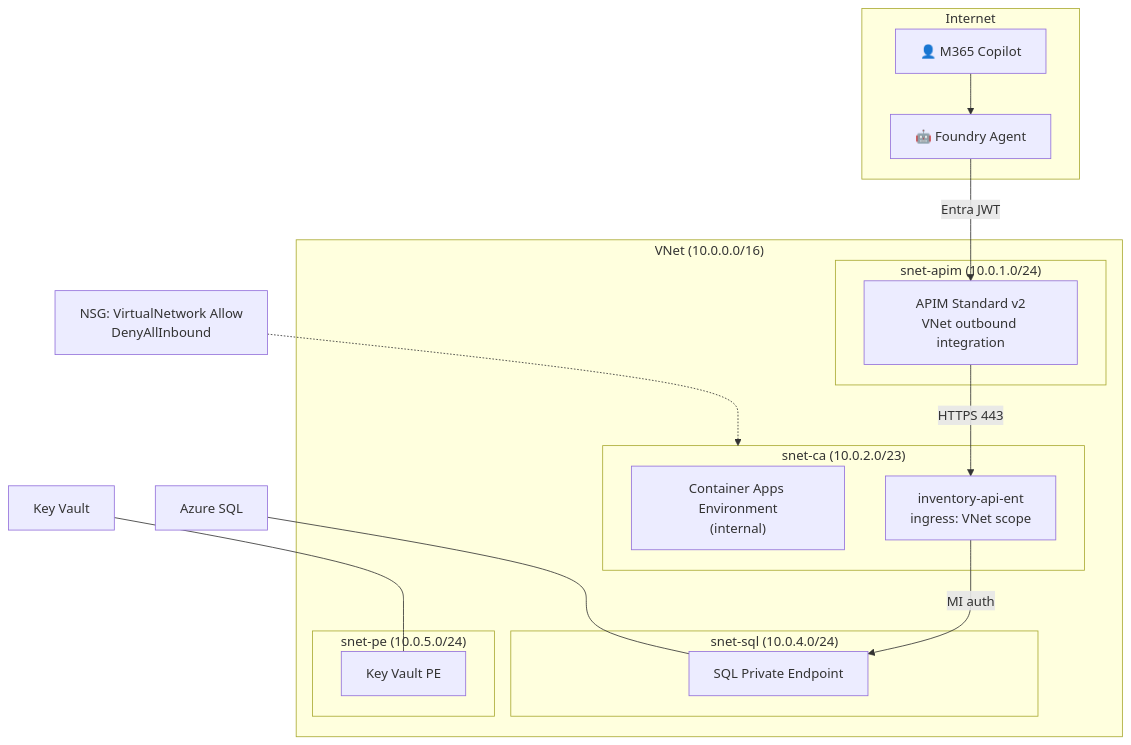
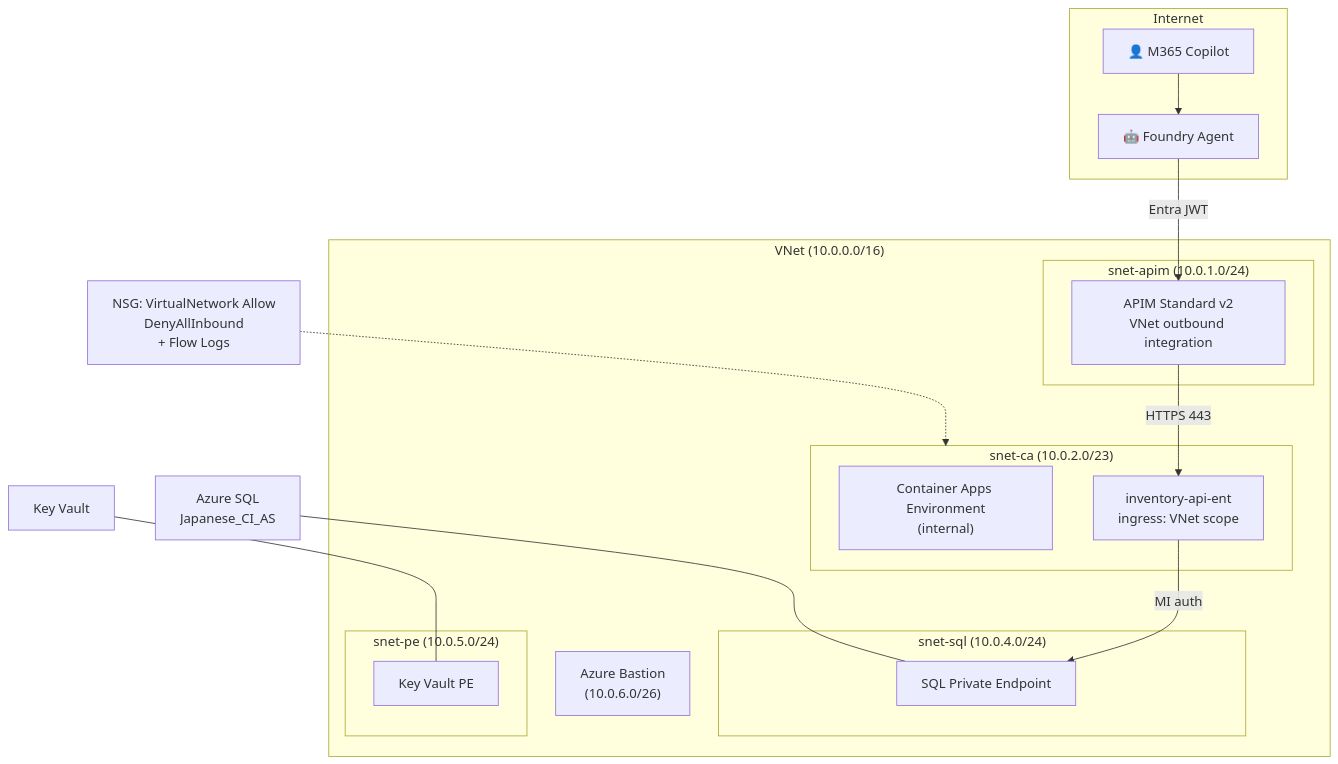
The second of 2 diagrams in README.md (naoki1213mj/M365Copilot-FoundryAgent-APIM-ACA_MCP-DB), drawn with Mermaid before and after one commit. The commit also changed other lines of this file and 27 other files, not shown here.

````diff
--- a/README.md
+++ b/README.md
@@ -20,30 +22,31 @@
 ```mermaid
 graph TB
     subgraph Internet
         User["👤 M365 Copilot"]
         Foundry["🤖 Foundry Agent"]
     end
     subgraph VNet["VNet (10.0.0.0/16)"]
         subgraph snet-apim["snet-apim (10.0.1.0/24)"]
             APIM["APIM Standard v2<br/>VNet outbound integration"]
         end
         subgraph snet-ca["snet-ca (10.0.2.0/23)"]
             CAE["Container Apps Environment<br/>(internal)"]
             CA["inventory-api-ent<br/>ingress: VNet scope"]
         end
         subgraph snet-sql["snet-sql (10.0.4.0/24)"]
             SQLPE["SQL Private Endpoint"]
         end
         subgraph snet-pe["snet-pe (10.0.5.0/24)"]
             KVPE["Key Vault PE"]
         end
+        Bastion["Azure Bastion<br/>(10.0.6.0/26)"]
     end
-    SQL["Azure SQL"] --- SQLPE
+    SQL["Azure SQL<br/>Japanese_CI_AS"] --- SQLPE
     KV["Key Vault"] --- KVPE
 
     User --> Foundry
     Foundry -->|Entra JWT| APIM
     APIM -->|HTTPS 443| CA
     CA -->|MI auth| SQLPE
-    NSG["NSG: VirtualNetwork Allow<br/>DenyAllInbound"] -.-> snet-ca
+    NSG["NSG: VirtualNetwork Allow<br/>DenyAllInbound<br/>+ Flow Logs"] -.-> snet-ca
 ```
````
